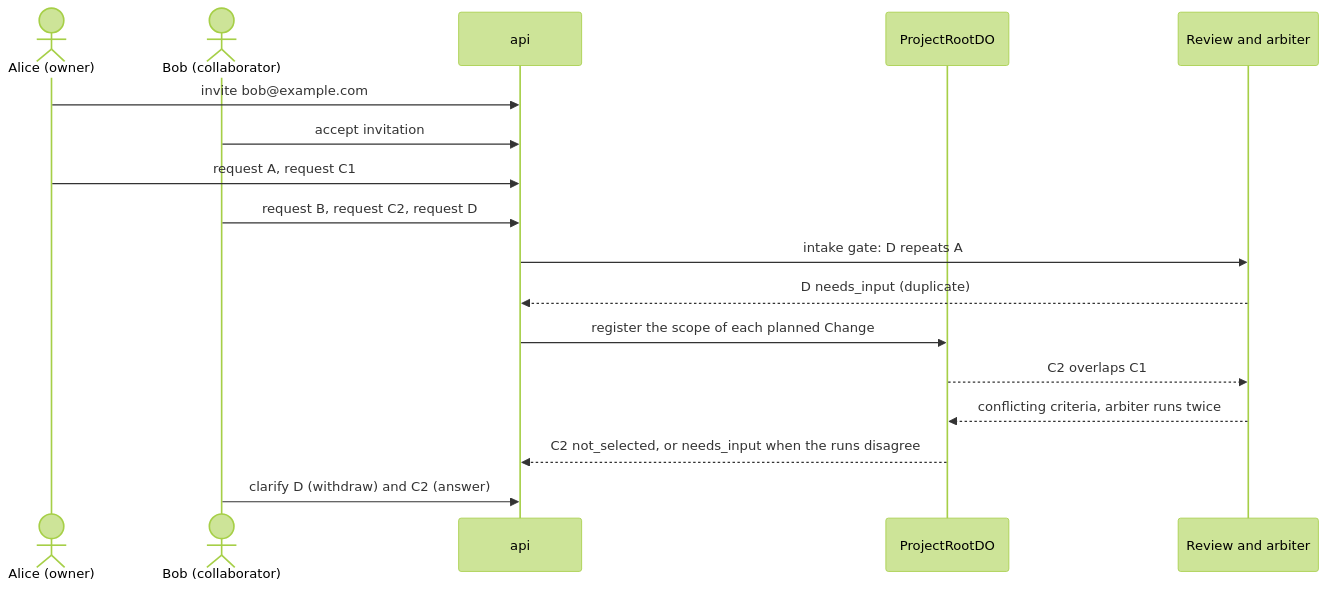
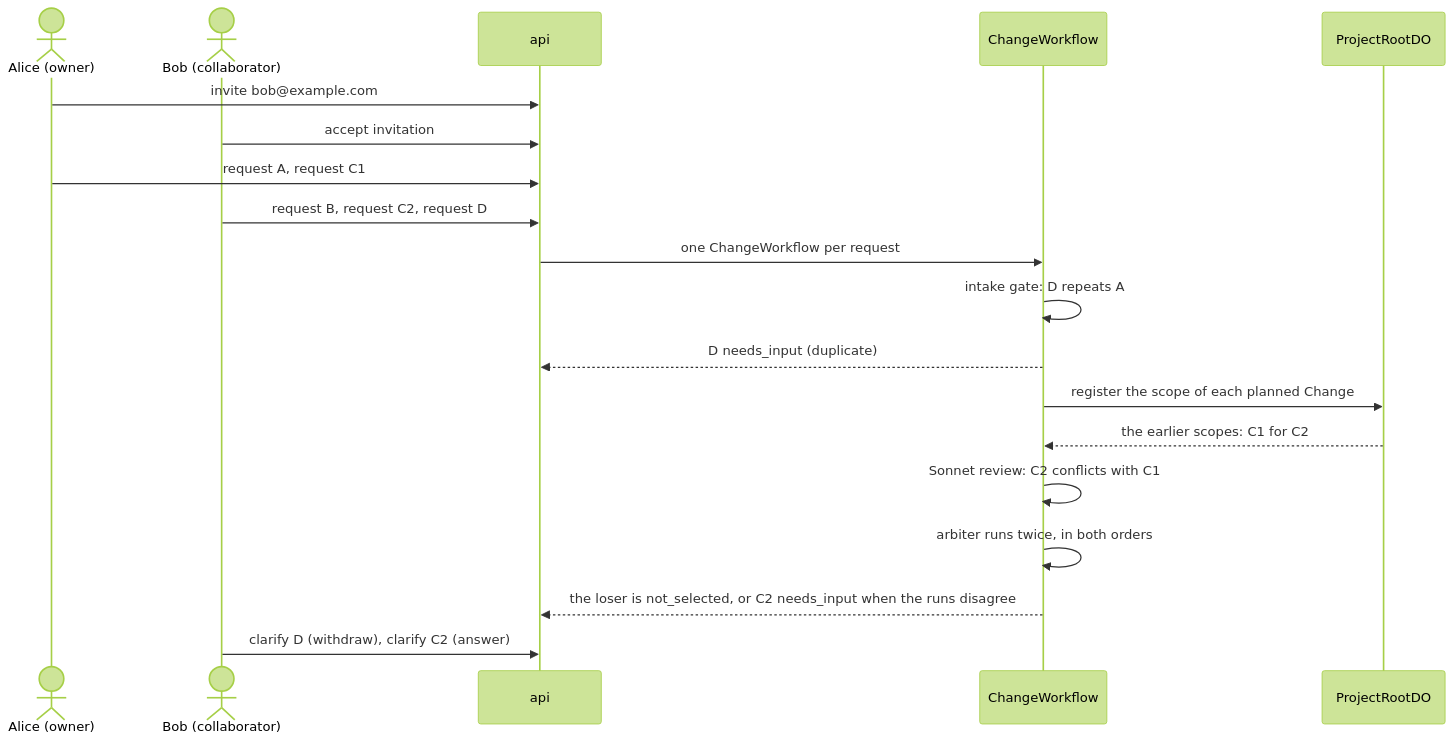
The diagram in docs/demo/shared-requests.md (nsudhanva/rhumbatron), drawn with Mermaid (forest theme) before and after one commit. The commit also changed other lines of this file and 47 other files, not shown here.

````diff
--- a/docs/demo/shared-requests.md
+++ b/docs/demo/shared-requests.md
@@ -7,19 +7,21 @@
 ```mermaid
 sequenceDiagram
   actor A as Alice (owner)
   actor B as Bob (collaborator)
   participant API as api
+  participant W as ChangeWorkflow
   participant R as ProjectRootDO
-  participant V as Review and arbiter
   A->>API: invite bob@example.com
   B->>API: accept invitation
   A->>API: request A, request C1
   B->>API: request B, request C2, request D
-  API->>V: intake gate: D repeats A
-  V-->>API: D needs_input (duplicate)
-  API->>R: register the scope of each planned Change
-  R-->>V: C2 overlaps C1
-  V-->>R: conflicting criteria, arbiter runs twice
-  R-->>API: C2 not_selected, or needs_input when the runs disagree
-  B->>API: clarify D (withdraw) and C2 (answer)
+  API->>W: one ChangeWorkflow per request
+  W->>W: intake gate: D repeats A
+  W-->>API: D needs_input (duplicate)
+  W->>R: register the scope of each planned Change
+  R-->>W: the earlier scopes: C1 for C2
+  W->>W: Sonnet review: C2 conflicts with C1
+  W->>W: arbiter runs twice, in both orders
+  W-->>API: the loser is not_selected, or C2 needs_input when the runs disagree
+  B->>API: clarify D (withdraw), clarify C2 (answer)
 ```
````
